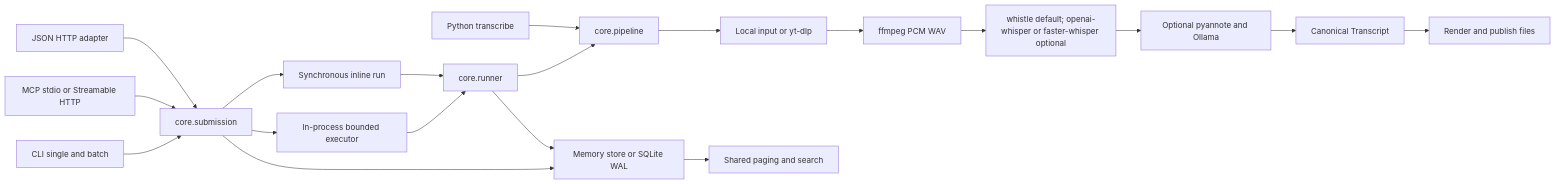
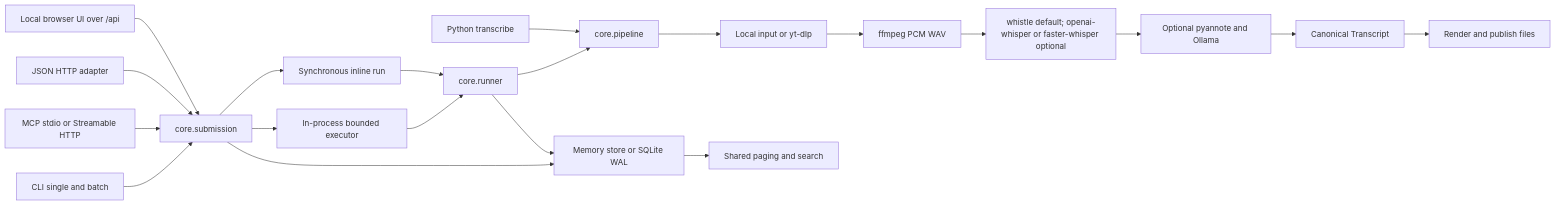
One commit to scottconverse/textflowkit changed the first of 3 diagrams in docs/architecture.md. Above: the diagram before and after it, drawn with Mermaid. The commit also changed other lines of this file and 36 other files, not shown here.

Commit message:
Ship local browser UI and complete v0.1.10 documentation

````diff
--- a/docs/architecture.md
+++ b/docs/architecture.md
@@ -28,21 +70,22 @@
 ```mermaid
 flowchart LR
     CLI[CLI single and batch] --> SUB[core.submission]
     MCP[MCP stdio or Streamable HTTP] --> SUB
     HTTP[JSON HTTP adapter] --> SUB
+    UI[Local browser UI over /api] --> SUB
     SUB --> STORE[Memory store or SQLite WAL]
     SUB --> EXEC[In-process bounded executor]
     SUB --> SYNC[Synchronous inline run]
     EXEC --> RUN[core.runner]
     SYNC --> RUN
     RUN --> PIPE[core.pipeline]
     PY[Python transcribe] --> PIPE
     PIPE --> ACQ[Local input or yt-dlp]
     ACQ --> DEC[ffmpeg PCM WAV]
     DEC --> ENG[whistle default; openai-whisper or faster-whisper optional]
     ENG --> POST[Optional pyannote and Ollama]
     POST --> TR[Canonical Transcript]
     TR --> RENDER[Render and publish files]
     RUN --> STORE
     STORE --> READ[Shared paging and search]
 ```
````
